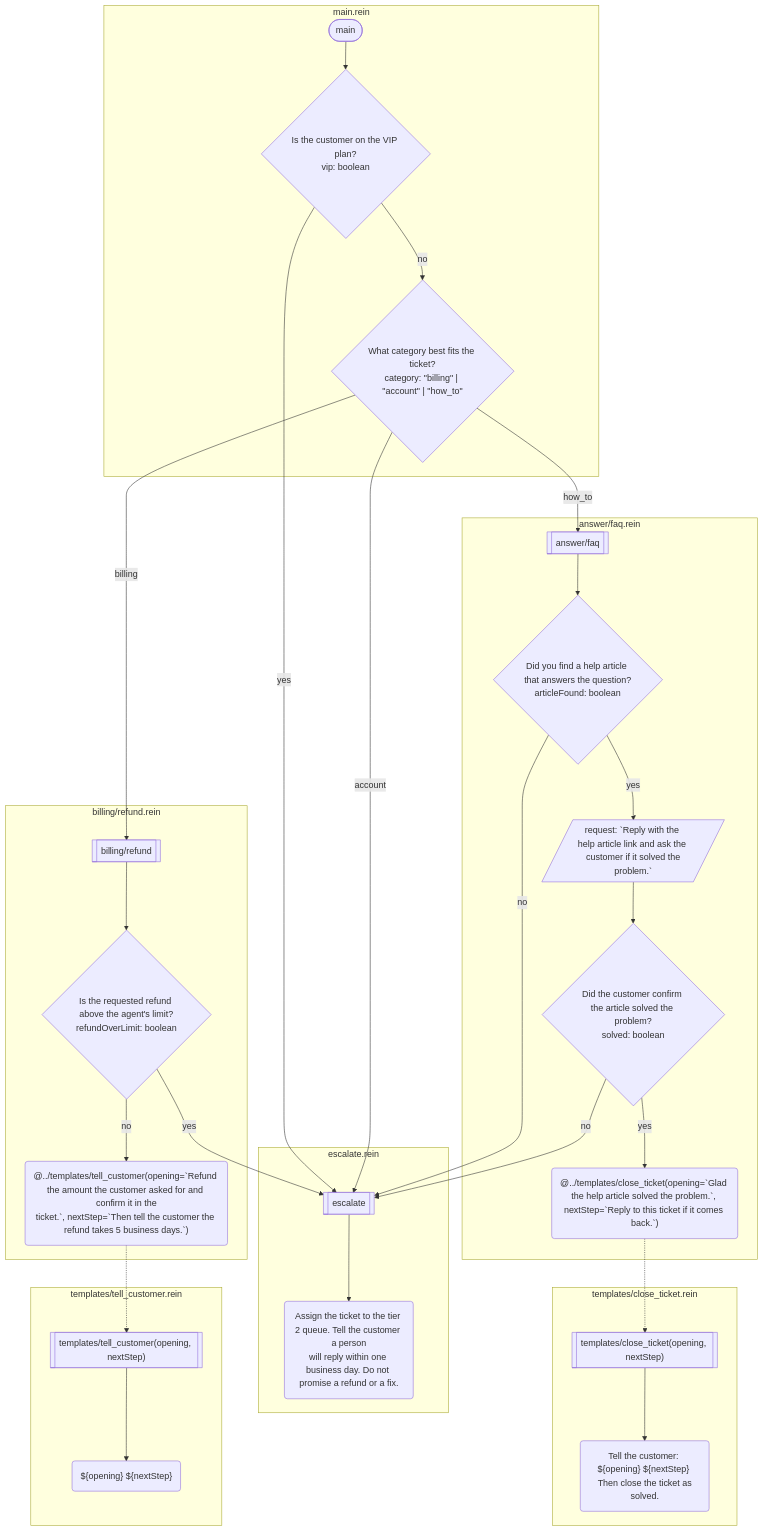
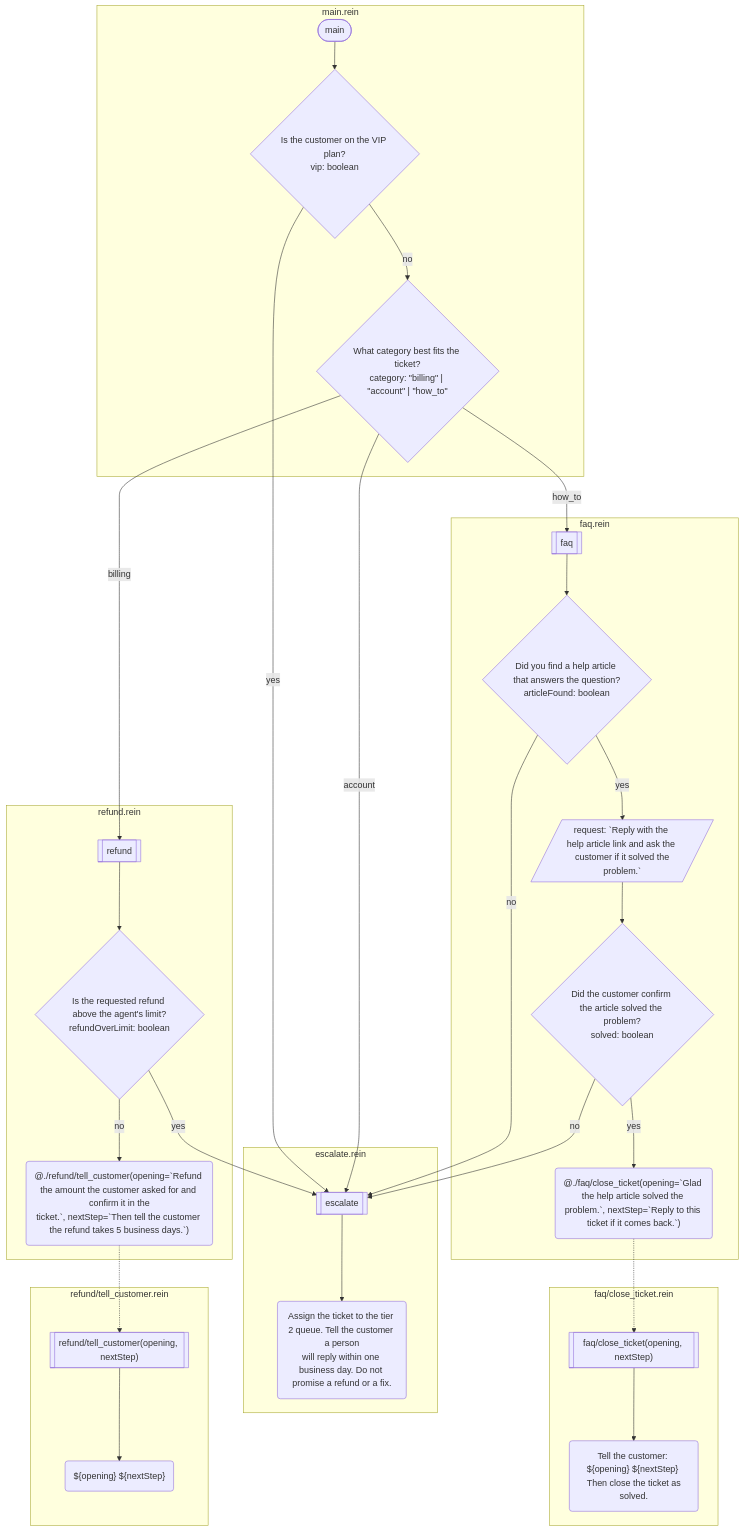
One commit to rein-lang/rein-lang.com changed the diagram in docs/examples/support-ticket.md. Above: the diagram before and after it, drawn with Mermaid. The commit also changed other lines of this file and 3 other files, not shown here.

````diff
--- a/docs/examples/support-ticket.md
+++ b/docs/examples/support-ticket.md
@@ -11,52 +11,52 @@
 ```mermaid
 flowchart TD
-    subgraph s0 ["answer/faq.rein"]
-        f0[["answer/faq"]]
-        f0_0{"Did you find a help article that answers the question?<br/>articleFound: boolean"}
-        f0_1[/"request: #96;Reply with the help article link and ask the customer if it solved the<br/>problem.#96;"/]
-        f0_2{"Did the customer confirm the article solved the problem?<br/>solved: boolean"}
-        f0_3("@../templates/close_ticket(opening=#96;Glad the help article solved the problem.#96;, nextStep=#96;Reply to this ticket if it comes back.#96;)")
+    subgraph s0 ["escalate.rein"]
+        f0[["escalate"]]
+        f0_0("Assign the ticket to the tier 2 queue. Tell the customer a person<br/>will reply within one business day. Do not promise a refund or a fix.")
     end
-    subgraph s1 ["billing/refund.rein"]
-        f1[["billing/refund"]]
-        f1_0{"Is the requested refund above the agent's limit?<br/>refundOverLimit: boolean"}
-        f1_1("@../templates/tell_customer(opening=#96;Refund the amount the customer asked for and confirm it in the<br/>ticket.#96;, nextStep=#96;Then tell the customer the refund takes 5 business days.#96;)")
+    subgraph s1 ["faq.rein"]
+        f1[["faq"]]
+        f1_0{"Did you find a help article that answers the question?<br/>articleFound: boolean"}
+        f1_1[/"request: #96;Reply with the help article link and ask the customer if it solved the<br/>problem.#96;"/]
+        f1_2{"Did the customer confirm the article solved the problem?<br/>solved: boolean"}
+        f1_3("@./faq/close_ticket(opening=#96;Glad the help article solved the problem.#96;, nextStep=#96;Reply to this ticket if it comes back.#96;)")
     end
-    subgraph s2 ["escalate.rein"]
-        f2[["escalate"]]
-        f2_0("Assign the ticket to the tier 2 queue. Tell the customer a person<br/>will reply within one business day. Do not promise a refund or a fix.")
+    subgraph s2 ["faq/close_ticket.rein"]
+        f2[["faq/close_ticket(opening, nextStep)"]]
+        f2_0("Tell the customer: ${opening} ${nextStep} Then close the ticket as<br/>solved.")
     end
     subgraph s3 ["main.rein"]
         f3(["main"])
         f3_0{"Is the customer on the VIP plan?<br/>vip: boolean"}
         f3_1{"What category best fits the ticket?<br/>category: #quot;billing#quot; | #quot;account#quot; | #quot;how_to#quot;"}
     end
-    subgraph s4 ["templates/close_ticket.rein"]
-        f4[["templates/close_ticket(opening, nextStep)"]]
-        f4_0("Tell the customer: ${opening} ${nextStep} Then close the ticket as<br/>solved.")
+    subgraph s4 ["refund.rein"]
+        f4[["refund"]]
+        f4_0{"Is the requested refund above the agent's limit?<br/>refundOverLimit: boolean"}
+        f4_1("@./refund/tell_customer(opening=#96;Refund the amount the customer asked for and confirm it in the<br/>ticket.#96;, nextStep=#96;Then tell the customer the refund takes 5 business days.#96;)")
     end
-    subgraph s5 ["templates/tell_customer.rein"]
-        f5[["templates/tell_customer(opening, nextStep)"]]
+    subgraph s5 ["refund/tell_customer.rein"]
+        f5[["refund/tell_customer(opening, nextStep)"]]
         f5_0("${opening} ${nextStep}")
     end
     f0 --> f0_0
-    f0_0 -->|"no"| f2
-    f0_0 -->|"yes"| f0_1
-    f0_1 --> f0_2
-    f0_2 -->|"yes"| f0_3
-    f0_3 -.-> f4
-    f0_2 -->|"no"| f2
     f1 --> f1_0
-    f1_0 -->|"yes"| f2
-    f1_0 -->|"no"| f1_1
-    f1_1 -.-> f5
+    f1_0 -->|"no"| f0
+    f1_0 -->|"yes"| f1_1
+    f1_1 --> f1_2
+    f1_2 -->|"yes"| f1_3
+    f1_3 -.-> f2
+    f1_2 -->|"no"| f0
     f2 --> f2_0
     f3 --> f3_0
-    f3_0 -->|"yes"| f2
+    f3_0 -->|"yes"| f0
     f3_0 -->|"no"| f3_1
-    f3_1 -->|"billing"| f1
-    f3_1 -->|"account"| f2
-    f3_1 -->|"how_to"| f0
+    f3_1 -->|"billing"| f4
+    f3_1 -->|"account"| f0
+    f3_1 -->|"how_to"| f1
     f4 --> f4_0
+    f4_0 -->|"yes"| f0
+    f4_0 -->|"no"| f4_1
+    f4_1 -.-> f5
     f5 --> f5_0
 ```
````
